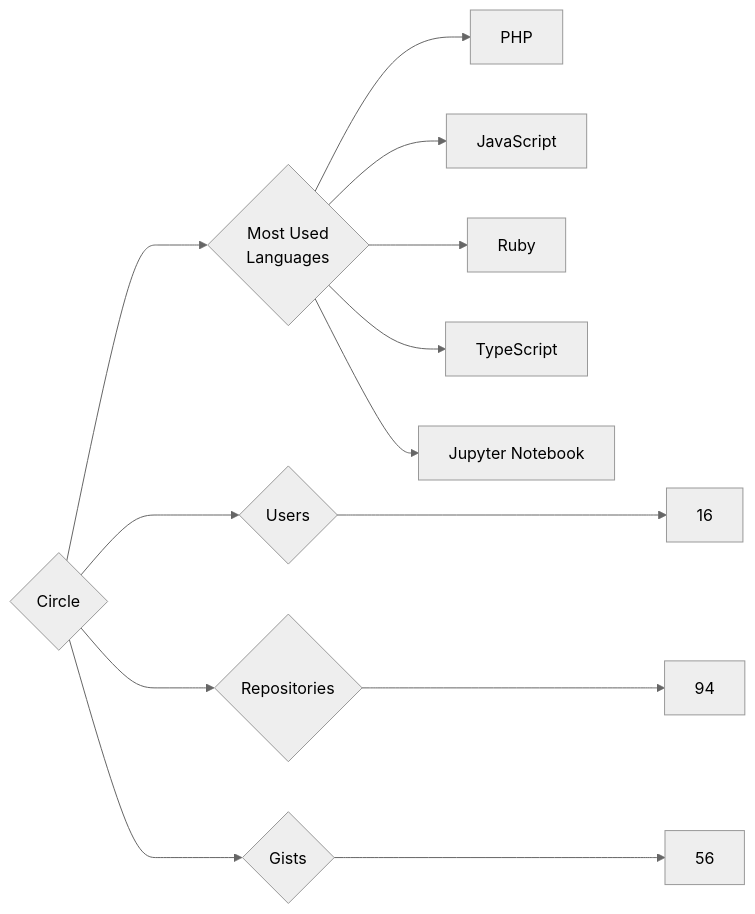
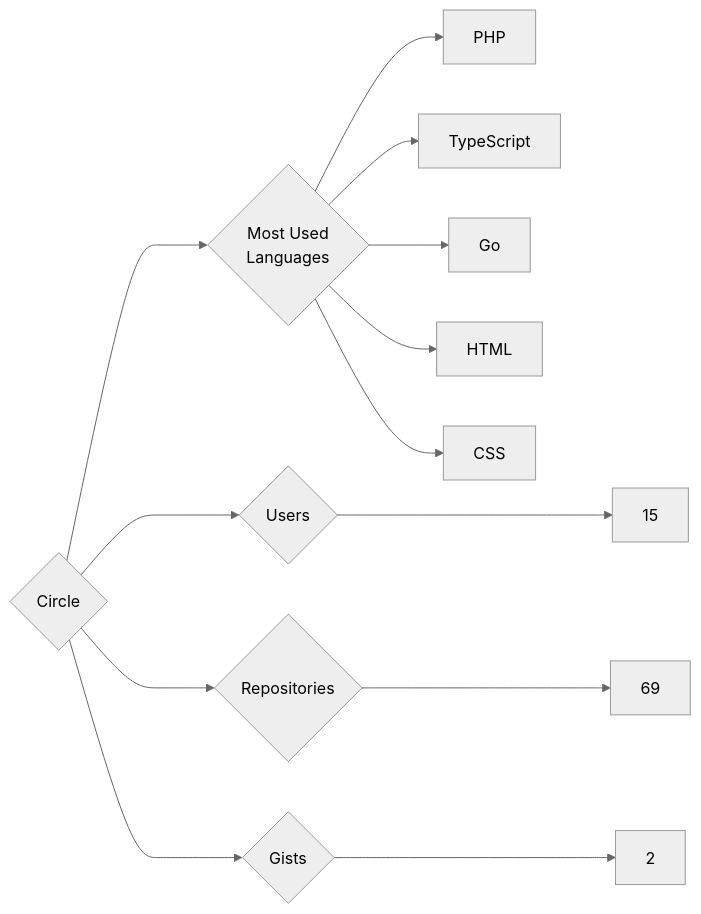
Before and after one commit to trickest/insiders: the diagram in targets/Circle/README.md, drawn with Mermaid (neutral theme). The commit also changed 773 other files, not shown here.

````diff
--- a/targets/Circle/README.md
+++ b/targets/Circle/README.md
@@ -3,13 +3,13 @@
 ```mermaid
 graph LR
 COMPANY_NAME{Circle}
-COMPANY_NAME ---> U{Users} ---> UN[16]
-COMPANY_NAME ---> R{Repositories} ---> RN[94]
-COMPANY_NAME ---> G{Gists} ---> GN[56]
+COMPANY_NAME ---> U{Users} ---> UN[15]
+COMPANY_NAME ---> R{Repositories} ---> RN[69]
+COMPANY_NAME ---> G{Gists} ---> GN[2]
 COMPANY_NAME ---> ML{Most Used<br>Languages}
 ML --> PHP[PHP]
-ML --> JavaScript[JavaScript]
-ML --> Ruby[Ruby]
 ML --> TypeScript[TypeScript]
-ML --> Jupyter_Notebook[Jupyter Notebook]
+ML --> Go[Go]
+ML --> HTML[HTML]
+ML --> CSS[CSS]
 ```
````
